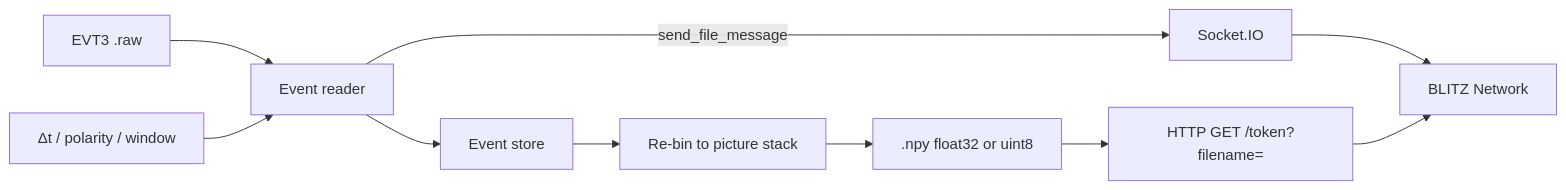
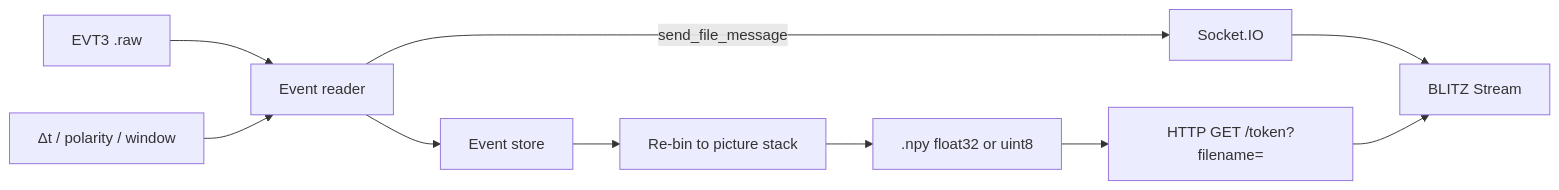
Before and after one commit to PiMaV/event-reader: the diagram in README.md, drawn with Mermaid. The commit also changed other lines of this file and 3 other files, not shown here.

Commit message:
Make Event-reader status obvious and point authors at the BLITZ Stream tab.

````diff
--- a/README.md
+++ b/README.md
@@ -13,12 +13,12 @@
 ```mermaid
 flowchart LR
   raw["EVT3 .raw"] --> reader["Event reader"]
   reader --> events["Event store"]
   ui["Δt / polarity / window"] --> reader
   events --> bin["Re-bin to picture stack"]
   bin --> npy[".npy float32 or uint8"]
   reader -->|"send_file_message"| sio["Socket.IO"]
   npy --> http["HTTP GET /token?filename="]
-  sio --> blitz["BLITZ Network"]
+  sio --> blitz["BLITZ Stream"]
   http --> blitz
 ```
````
